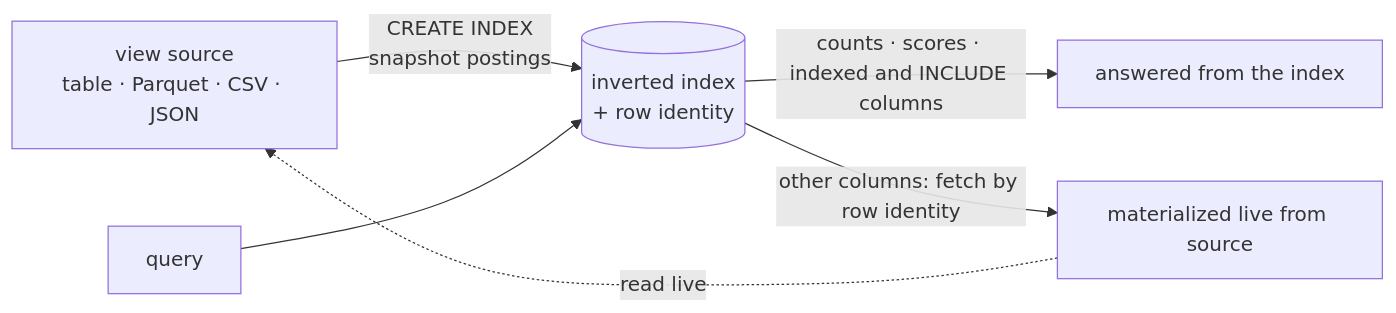
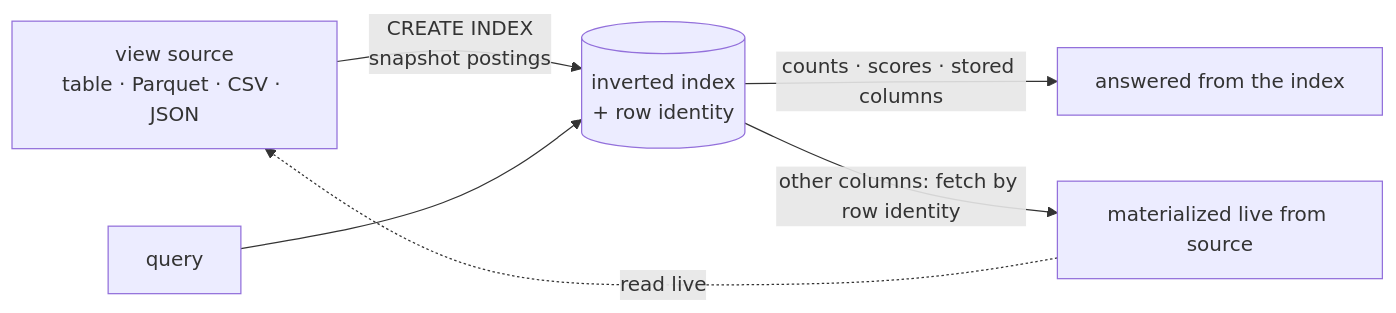
Before and after one commit to AlmazAlmaz/serenedb: the diagram in docs/sql/indexes/inverted/views.md, drawn with Mermaid. The commit also changed other lines of this file and 25 other files, not shown here.

````diff
--- a/docs/sql/indexes/inverted/views.md
+++ b/docs/sql/indexes/inverted/views.md
@@ -14,8 +14,8 @@
 ```mermaid
 flowchart LR
     src["view source<br/>table · Parquet · CSV · JSON"] -->|"CREATE INDEX<br/>snapshot postings"| idx[("inverted index<br/>+ row identity")]
     q["query"] --> idx
-    idx -->|"counts · scores · indexed and INCLUDE columns"| fast["answered from the index"]
+    idx -->|"counts · scores · stored columns"| fast["answered from the index"]
     idx -->|"other columns: fetch by row identity"| mat["materialized live from source"]
     mat -.->|read live| src
 ```
````
